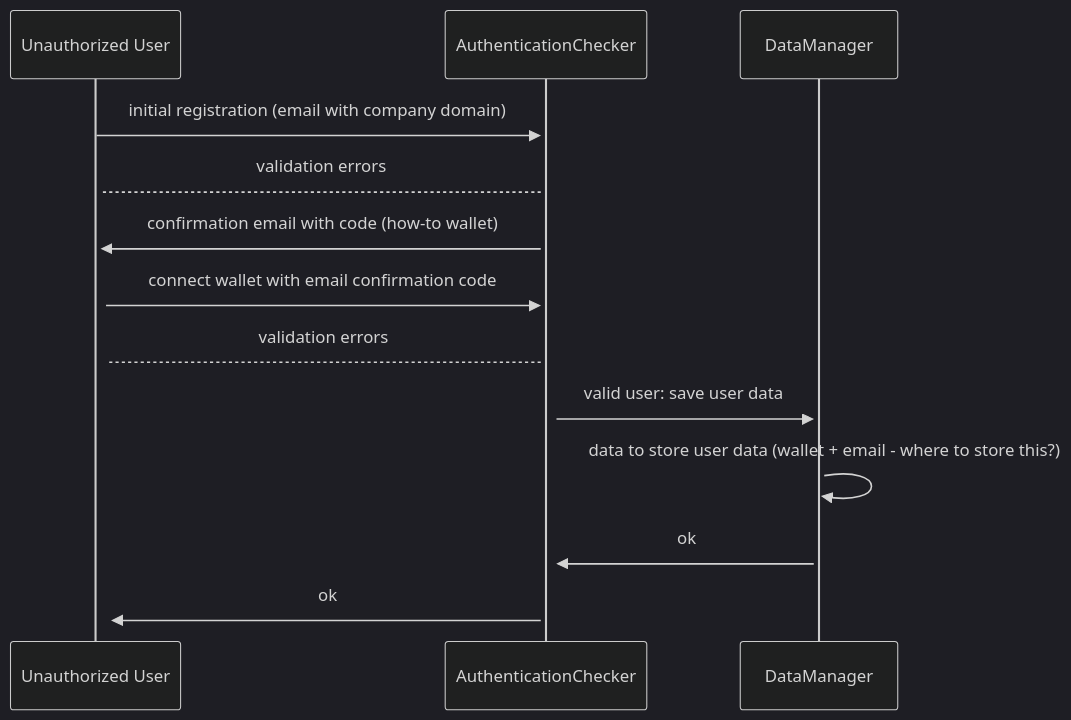
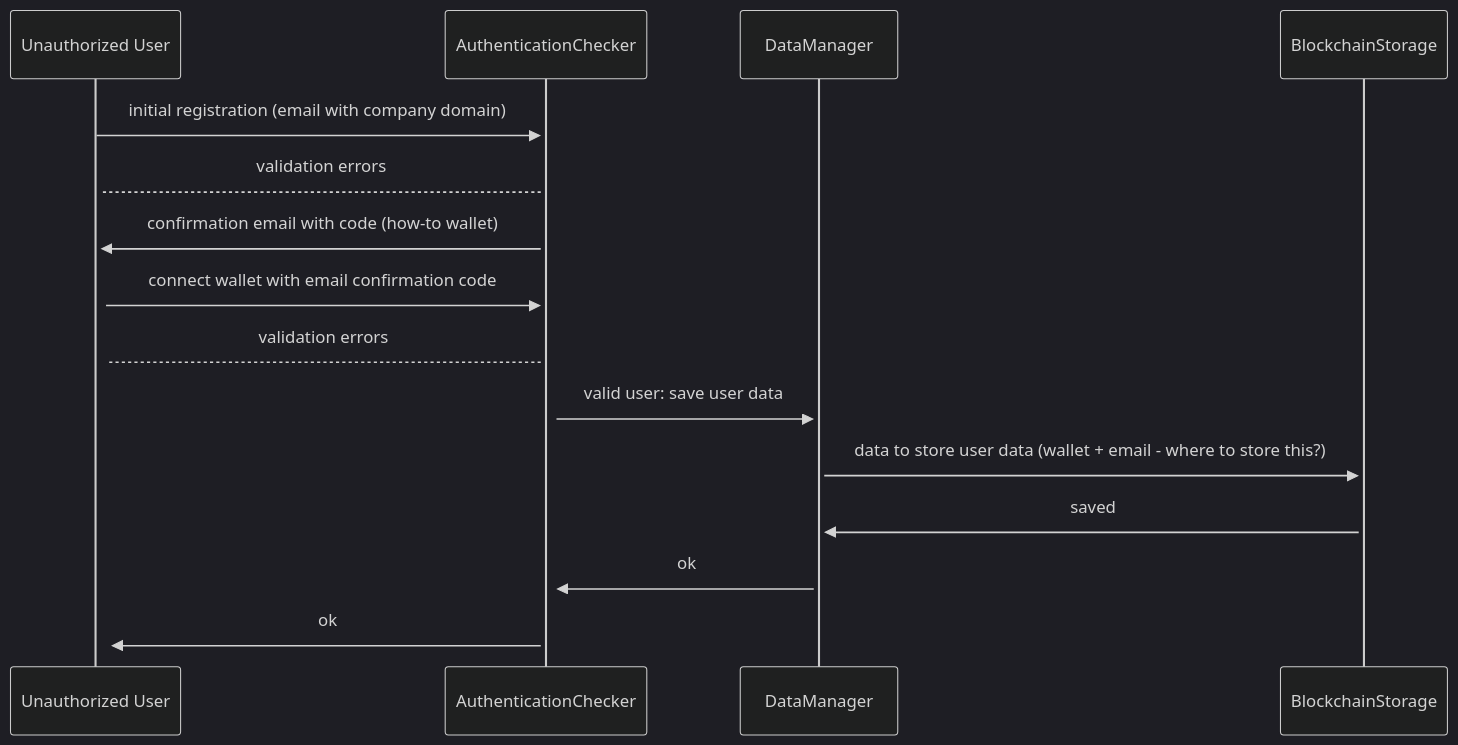
One commit to lao/OpenInnovationDAO changed the first of 2 diagrams in README.md. Above: the diagram before and after it, drawn with Mermaid (dark theme). The commit also changed other lines of this file, not shown here.

````diff
--- a/README.md
+++ b/README.md
@@ -12,12 +12,13 @@
 ```mermaid
 sequenceDiagram
     Unauthorized User->>+AuthenticationChecker: initial registration (email with company domain)
     AuthenticationChecker-->+Unauthorized User: validation errors
     AuthenticationChecker->>+Unauthorized User: confirmation email with code (how-to wallet)
     Unauthorized User->>+AuthenticationChecker: connect wallet with email confirmation code
     AuthenticationChecker-->+Unauthorized User: validation errors
     AuthenticationChecker->>+DataManager: valid user: save user data
-    DataManager->>+DataManager: data to store user data (wallet + email - where to store this?)
+    DataManager->>+BlockchainStorage: data to store user data (wallet + email - where to store this?)
+    BlockchainStorage->>+DataManager: saved
     DataManager->>+AuthenticationChecker: ok
     AuthenticationChecker->>+Unauthorized User: ok
 ```
````
